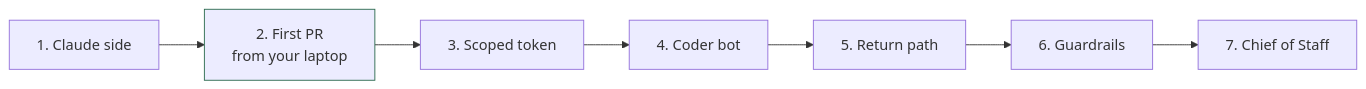
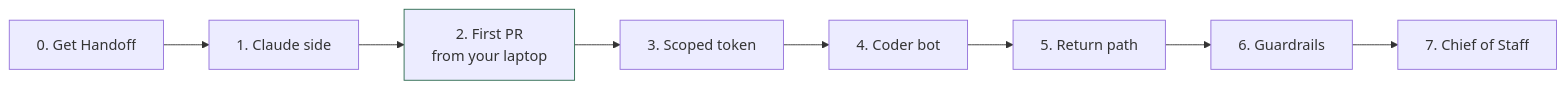
The diagram in docs/03-setup-guide.md (mathew-builds/Handoff), drawn with Mermaid before and after one commit. The commit also changed other lines of this file and 3 other files, not shown here.

````diff
--- a/docs/03-setup-guide.md
+++ b/docs/03-setup-guide.md
@@ -5,5 +5,5 @@
 ```mermaid
 flowchart LR
-    S1[1. Claude side] --> S2[2. First PR<br/>from your laptop] --> S3[3. Scoped token] --> S4[4. Coder bot] --> S5[5. Return path] --> S6[6. Guardrails] --> S7[7. Chief of Staff]
+    S0[0. Get Handoff] --> S1[1. Claude side] --> S2[2. First PR<br/>from your laptop] --> S3[3. Scoped token] --> S4[4. Coder bot] --> S5[5. Return path] --> S6[6. Guardrails] --> S7[7. Chief of Staff]
     style S2 stroke:#2C6B4F
 ```
````
